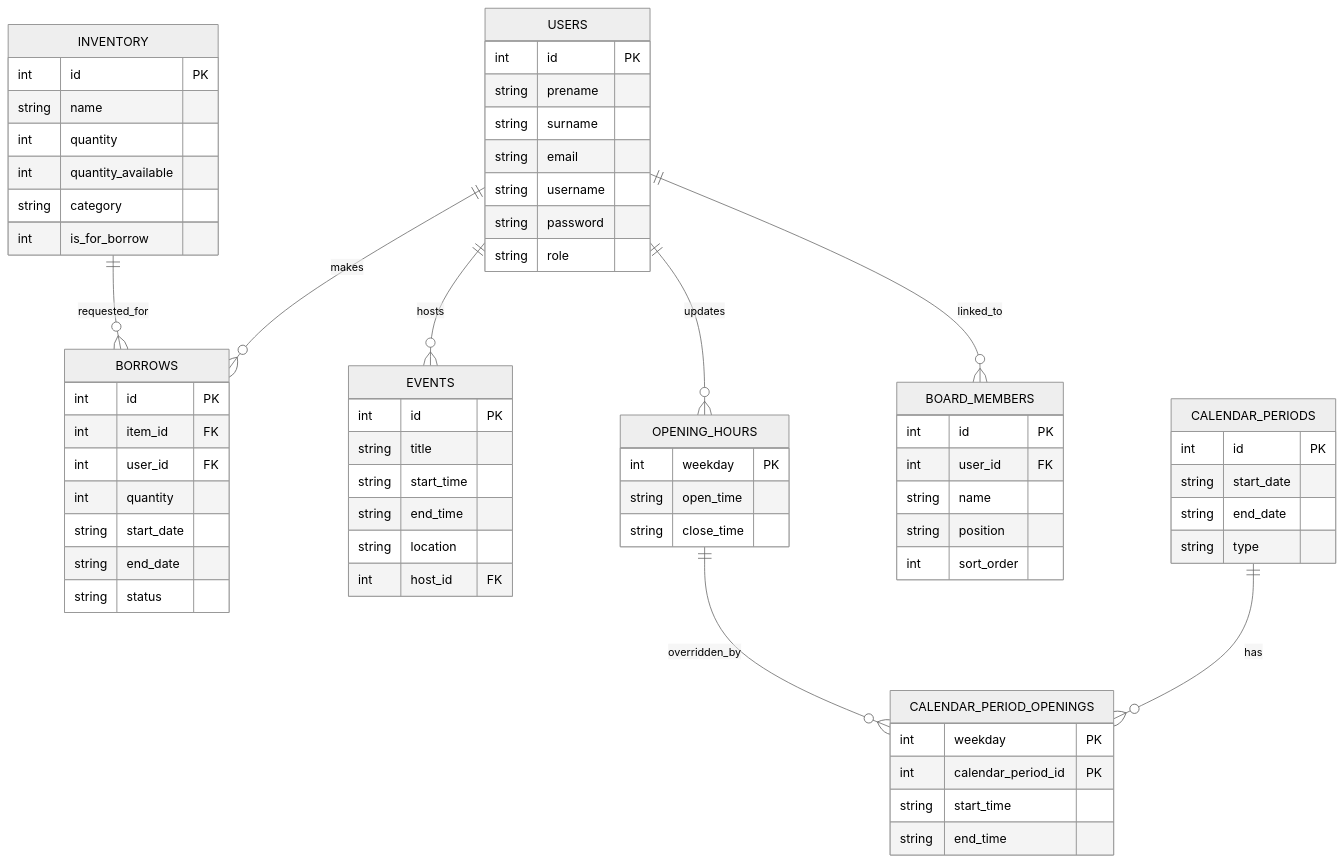
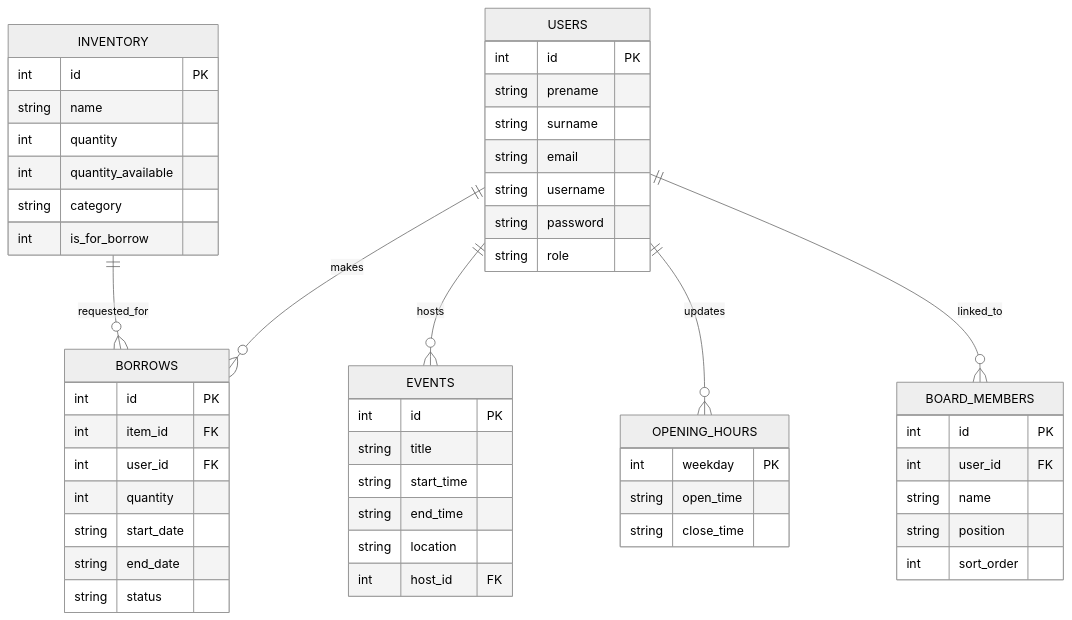
One commit to ArtjoemUrban/cc_projekt changed the diagram in README.md. Above: the diagram before and after it, drawn with Mermaid (neutral theme). The commit also changed 14 other files, not shown here.

````diff
--- a/README.md
+++ b/README.md
@@ -72,76 +72,60 @@
 ```mermaid
 erDiagram
     USERS ||--o{ BORROWS : makes
     INVENTORY ||--o{ BORROWS : requested_for
     USERS ||--o{ EVENTS : hosts
     USERS ||--o{ OPENING_HOURS : updates
     USERS ||--o{ BOARD_MEMBERS : linked_to
-    CALENDAR_PERIODS ||--o{ CALENDAR_PERIOD_OPENINGS : has
-    OPENING_HOURS ||--o{ CALENDAR_PERIOD_OPENINGS : overridden_by
 
     USERS {
         int id PK
         string prename
         string surname
         string email
         string username
         string password
         string role
     }
 
     INVENTORY {
         int id PK
         string name
         int quantity
         int quantity_available
         string category
         int is_for_borrow
     }
 
     BORROWS {
         int id PK
         int item_id FK
         int user_id FK
         int quantity
         string start_date
         string end_date
         string status
     }
 
     EVENTS {
         int id PK
         string title
         string start_time
         string end_time
         string location
         int host_id FK
     }
 
     OPENING_HOURS {
         int weekday PK
         string open_time
         string close_time
     }
 
-    CALENDAR_PERIODS {
-        int id PK
-        string start_date
-        string end_date
-        string type
-    }
-
-    CALENDAR_PERIOD_OPENINGS {
-        int weekday PK
-        int calendar_period_id PK
-        string start_time
-        string end_time
-    }
-
     BOARD_MEMBERS {
         int id PK
         int user_id FK
         string name
         string position
         int sort_order
     }
 ```
````
